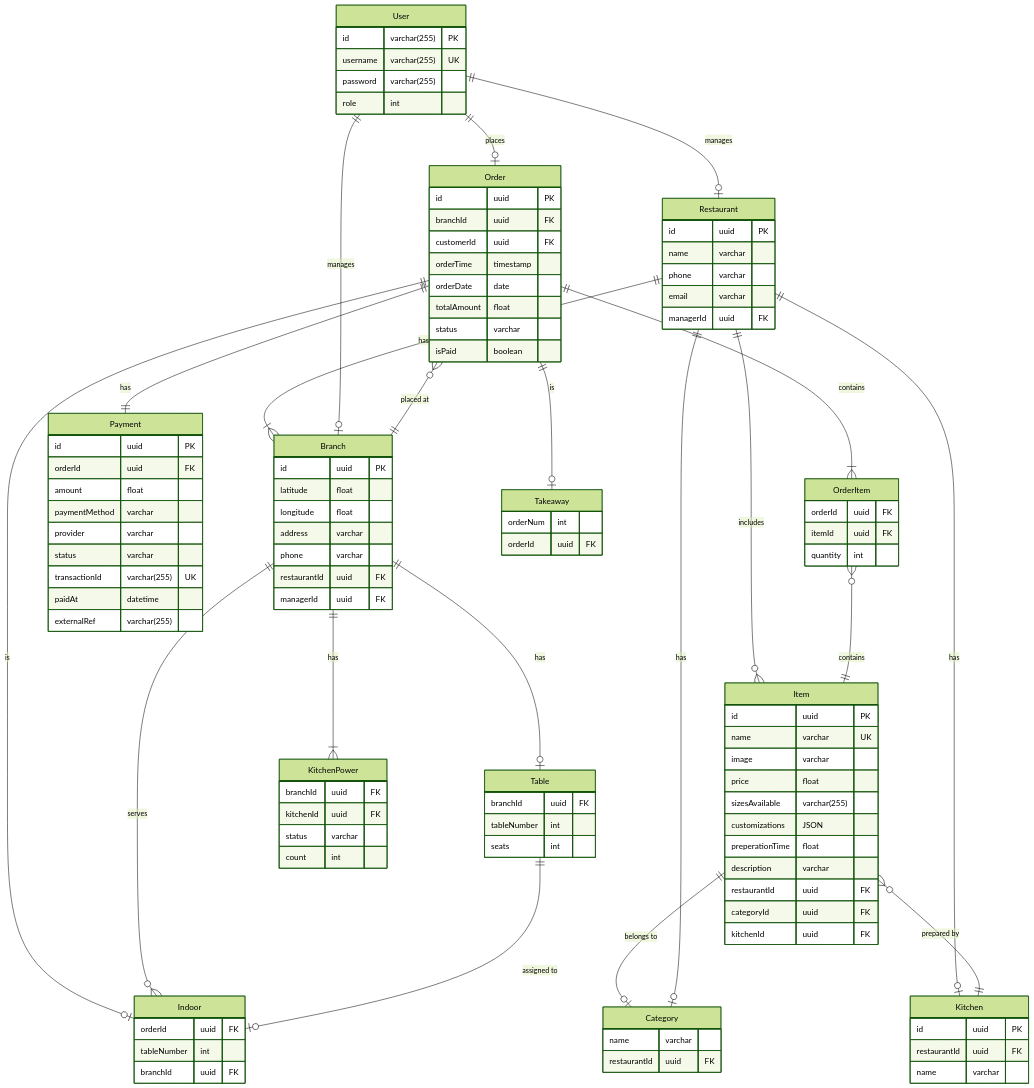
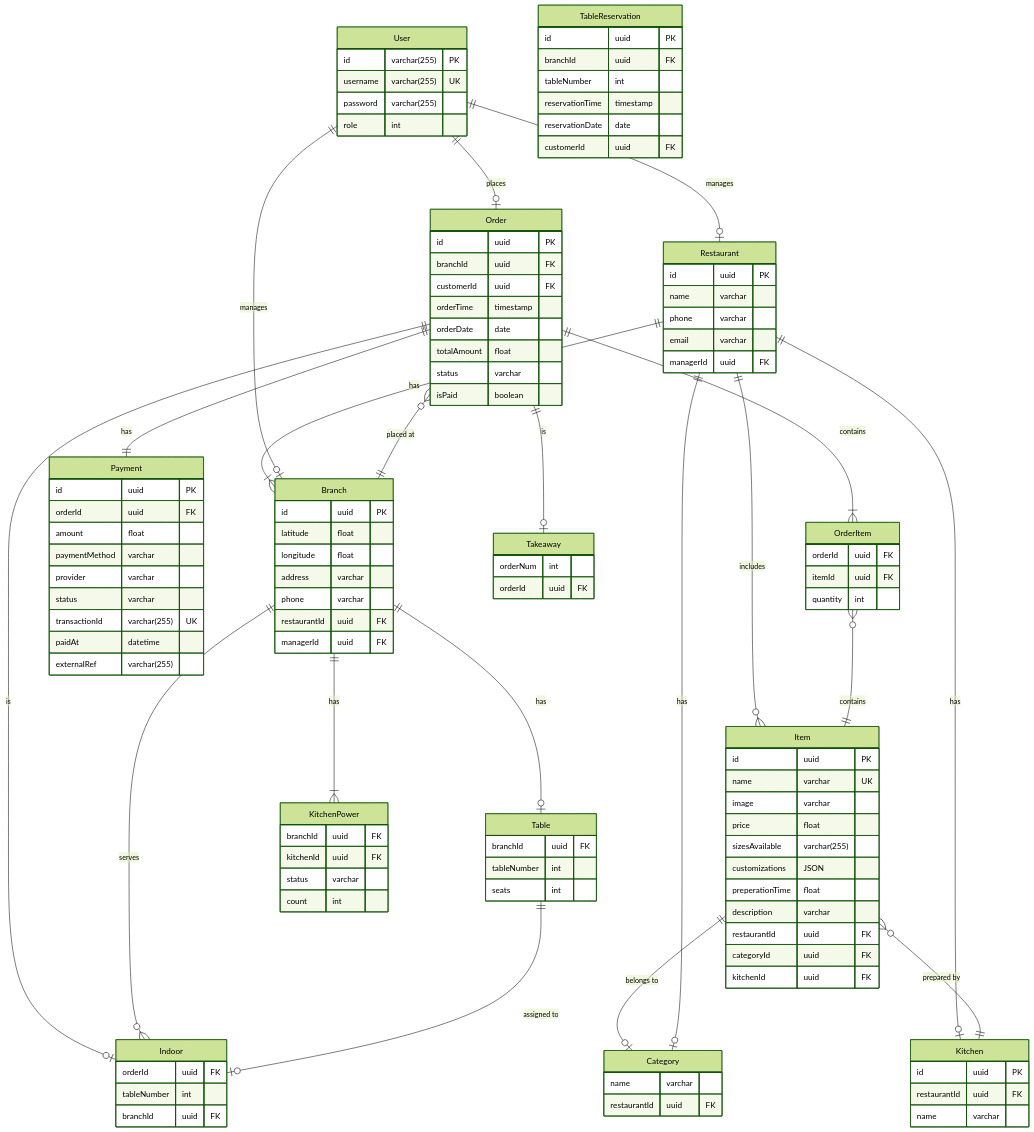
One commit to devAhmedMustafa/Al-Court-Designs changed the diagram in docs/ERD.mermaid. Above: the diagram before and after it, drawn with Mermaid (forest theme). The commit also changed 26 other files, not shown here.

Commit message:
Table reservation

```diff
--- a/docs/ERD.mermaid
+++ b/docs/ERD.mermaid
@@ -1,124 +1,133 @@
 erDiagram
     
     User {
         id varchar(255) PK
         username varchar(255) UK
         password varchar(255)
         role int
     }
 
     Restaurant {
         id uuid PK
         name varchar 
         phone varchar
         email varchar
         managerId uuid FK
     }
 
     Branch {
         id uuid PK
         latitude float
         longitude float
         address varchar
         phone varchar
         restaurantId uuid FK
         managerId uuid FK
     }
 
     Item {
         id uuid PK
         name varchar UK
         image varchar
         price float
         sizesAvailable varchar(255)
         customizations JSON
         preperationTime float
         description varchar
         restaurantId uuid FK
         categoryId uuid FK
         kitchenId uuid FK
     }
     
     Category {
         name varchar
         restaurantId uuid FK
     }
 
     Table {
         branchId uuid FK
         tableNumber int
         seats int
     }
 
     Kitchen {
         id uuid PK
         restaurantId uuid FK
         name varchar
     }
 
     KitchenPower {
         branchId uuid FK
         kitchenId uuid FK
         status varchar
         count int
     }
 
     Order {
         id uuid PK
         branchId uuid FK
         customerId uuid FK
         orderTime timestamp
         orderDate date
         totalAmount float
         status varchar
         isPaid boolean
     }
 
     Payment {
         id uuid PK
         orderId uuid FK
         amount float
         paymentMethod varchar
         provider varchar
         status varchar
         transactionId varchar(255) UK
         paidAt datetime
         externalRef varchar(255)
     }
 
     OrderItem {
         orderId uuid FK
         itemId uuid FK
         quantity int
     }
 
     Takeaway {
         orderNum int
         orderId uuid FK
     }
 
     Indoor {
         orderId uuid FK
         tableNumber int
         branchId uuid FK
     }
 
+    TableReservation {
+        id uuid PK
+        branchId uuid FK
+        tableNumber int
+        reservationTime timestamp
+        reservationDate date
+        customerId uuid FK
+    }
+
     Restaurant ||--|{ Branch : has
     Restaurant ||--o{ Item : includes
     User ||--o| Restaurant : manages
     User ||--o| Branch : manages
     Item ||--o| Category : "belongs to"
     Restaurant ||--o| Category : "has"
     Branch ||--o| Table : has
     Restaurant ||--o| Kitchen : has
     Branch ||--|{ KitchenPower : has
     Item o{ --|| Kitchen : "prepared by"
     User ||--o| Order : places
     Order ||--|{ OrderItem : contains
     Order ||--o| Takeaway : "is"
     Order ||--o| Indoor : "is"
     Branch ||--o{ Indoor : "serves"
     Table ||--o| Indoor : "assigned to"
     Order o{ -- || Branch : "placed at"
     OrderItem o{--|| Item : "contains"
     Order ||--|| Payment : "has"
```
